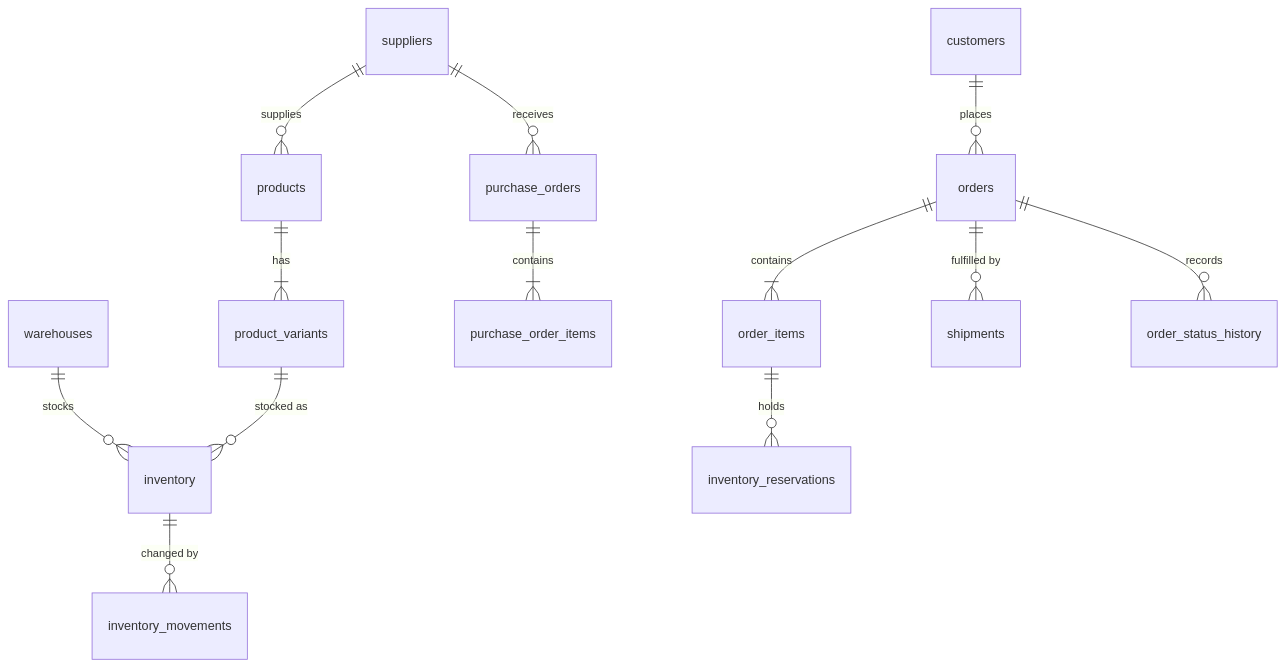
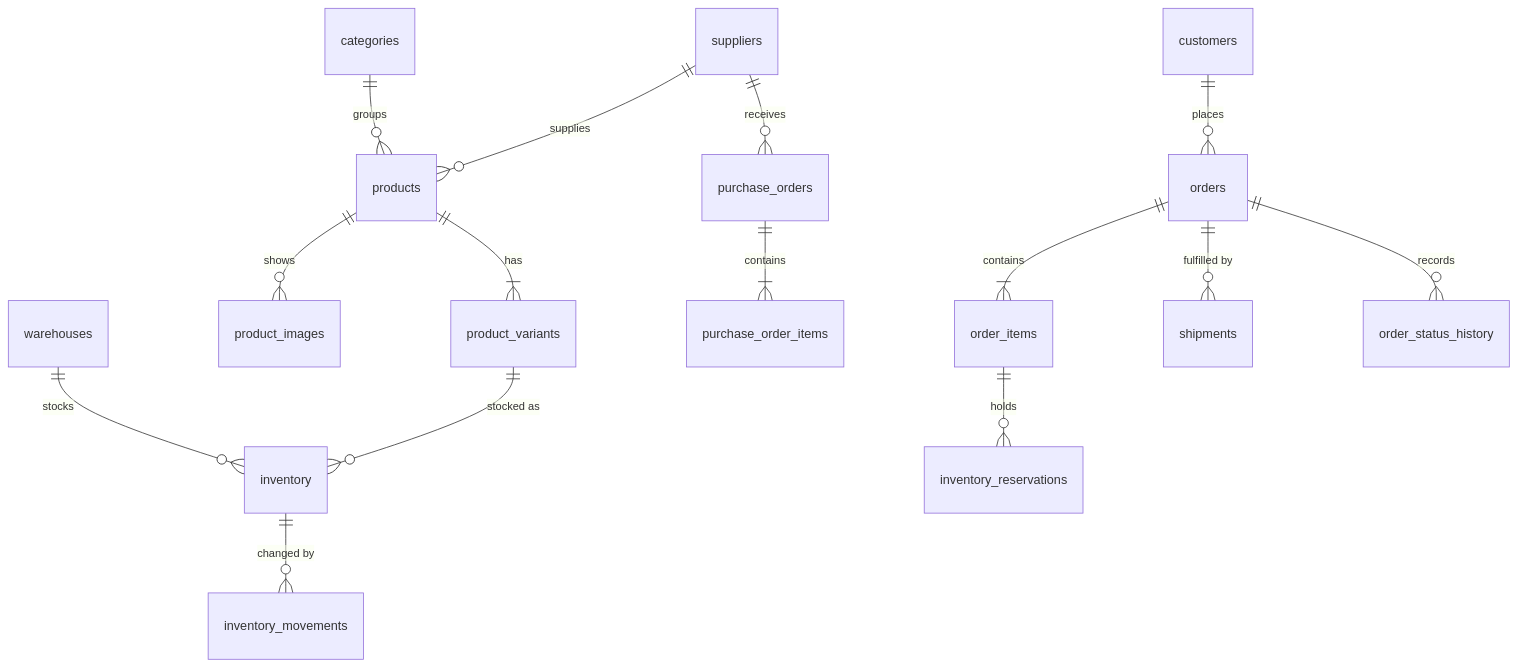
One commit to rahmanmostafijur/solmira changed the second of 2 diagrams in ARCHITECTURE.md. Above: the diagram before and after it, drawn with Mermaid. The commit also changed other lines of this file and 129 other files, not shown here.

First line of the commit message:
feat: add object storage documentation and implement image upload flow

````diff
--- a/ARCHITECTURE.md
+++ b/ARCHITECTURE.md
@@ -153,15 +171,17 @@
 ```mermaid
 erDiagram
+  categories ||--o{ products : groups
   suppliers ||--o{ products : supplies
   products ||--|{ product_variants : has
+  products ||--o{ product_images : shows
   warehouses ||--o{ inventory : stocks
   product_variants ||--o{ inventory : "stocked as"
   inventory ||--o{ inventory_movements : "changed by"
   suppliers ||--o{ purchase_orders : receives
   purchase_orders ||--|{ purchase_order_items : contains
   customers ||--o{ orders : places
   orders ||--|{ order_items : contains
   order_items ||--o{ inventory_reservations : holds
   orders ||--o{ shipments : "fulfilled by"
   orders ||--o{ order_status_history : records
 ```
````
